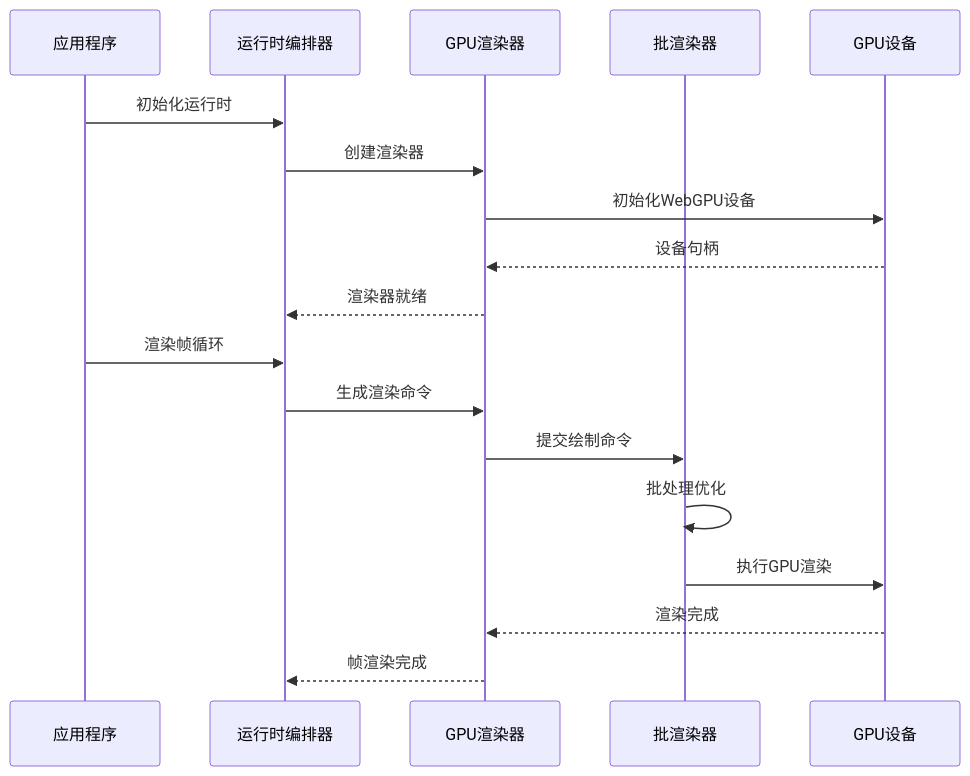
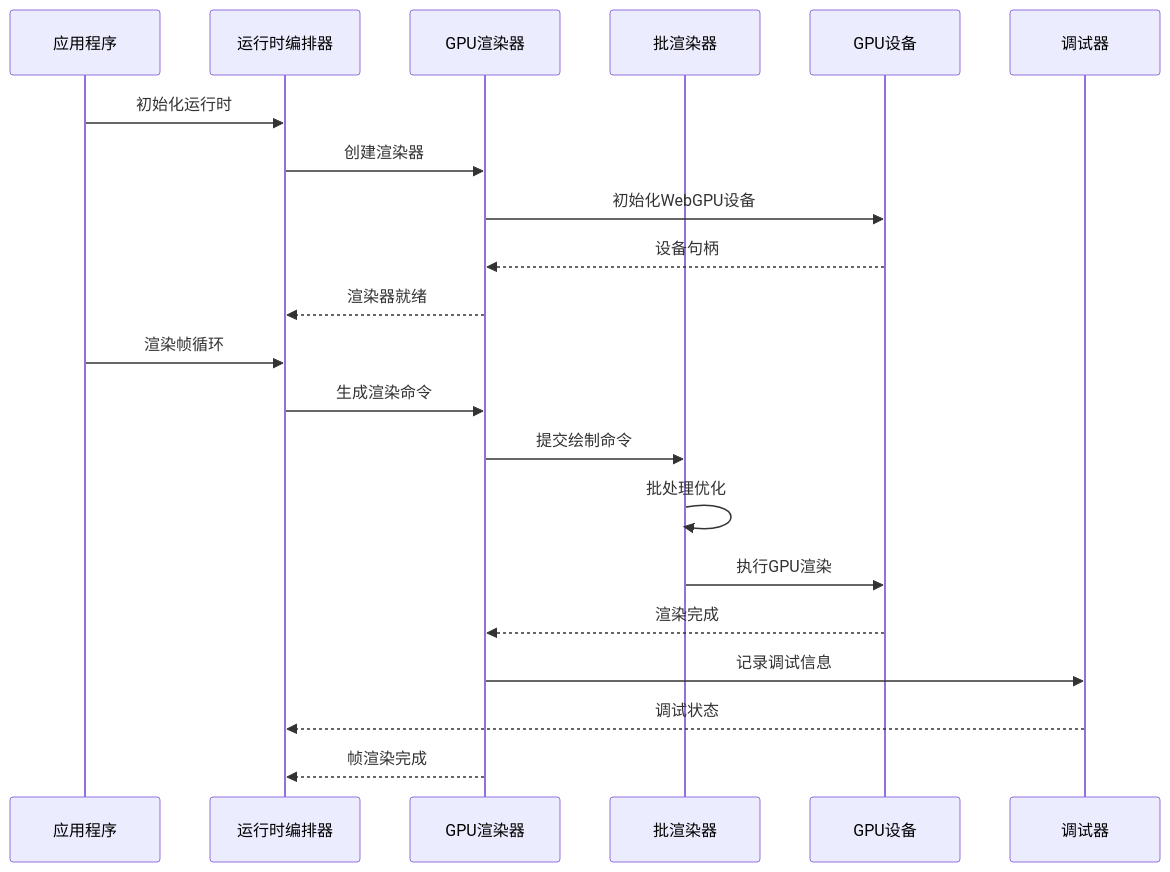
Before and after one commit to itszzl-sudo/iris: the second of 9 diagrams in .qoder/repowiki/zh/content/技术架构详解/WebGPU渲染引擎/GPU渲染器集成综合分析.md, drawn with Mermaid. The commit also changed other lines of this file and 57 other files, not shown here.

````diff
--- a/.qoder/repowiki/zh/content/技术架构详解/WebGPU渲染引擎/GPU渲染器集成综合分析.md
+++ b/.qoder/repowiki/zh/content/技术架构详解/WebGPU渲染引擎/GPU渲染器集成综合分析.md
@@ -99,20 +119,23 @@
 ```mermaid
 sequenceDiagram
 participant App as 应用程序
 participant Orchestrator as 运行时编排器
 participant GPU as GPU渲染器
 participant Batch as 批渲染器
 participant Device as GPU设备
+participant Debug as 调试器
 App->>Orchestrator : 初始化运行时
 Orchestrator->>GPU : 创建渲染器
 GPU->>Device : 初始化WebGPU设备
 Device-->>GPU : 设备句柄
 GPU-->>Orchestrator : 渲染器就绪
 App->>Orchestrator : 渲染帧循环
 Orchestrator->>GPU : 生成渲染命令
 GPU->>Batch : 提交绘制命令
 Batch->>Batch : 批处理优化
 Batch->>Device : 执行GPU渲染
 Device-->>GPU : 渲染完成
+GPU->>Debug : 记录调试信息
+Debug-->>Orchestrator : 调试状态
 GPU-->>Orchestrator : 帧渲染完成
 ```
````
